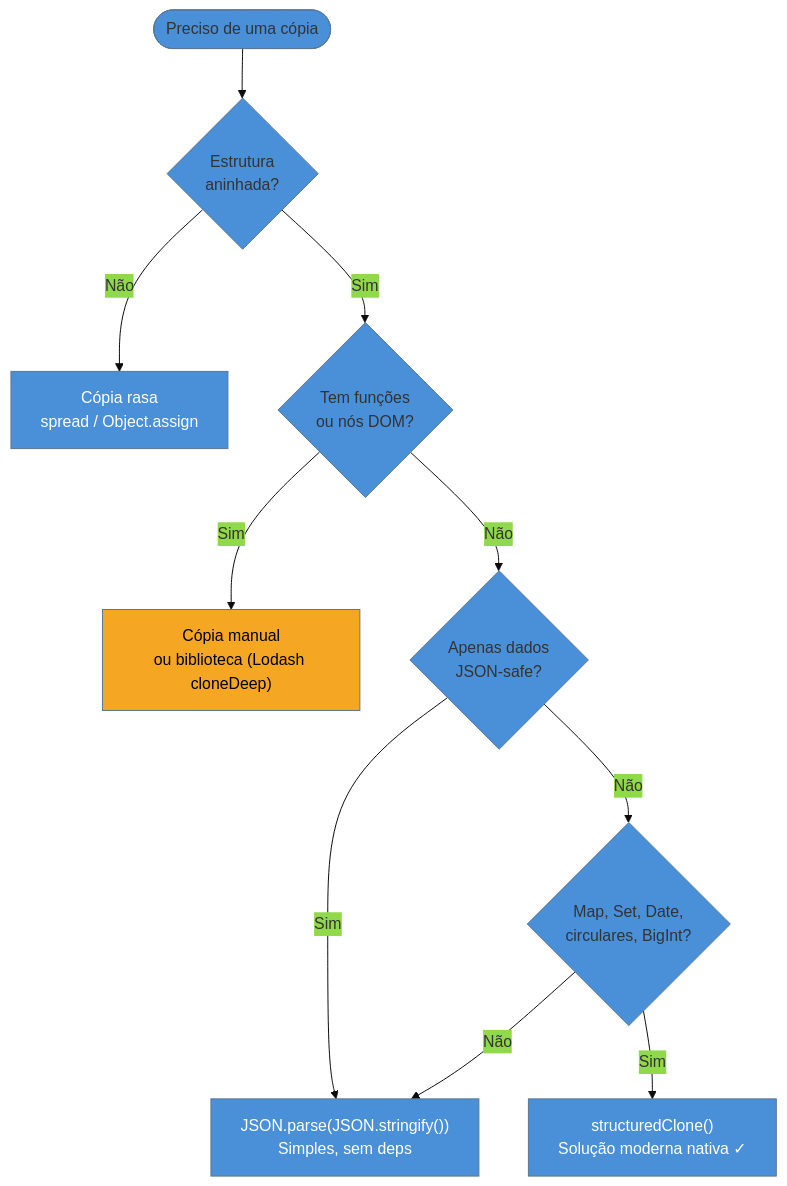
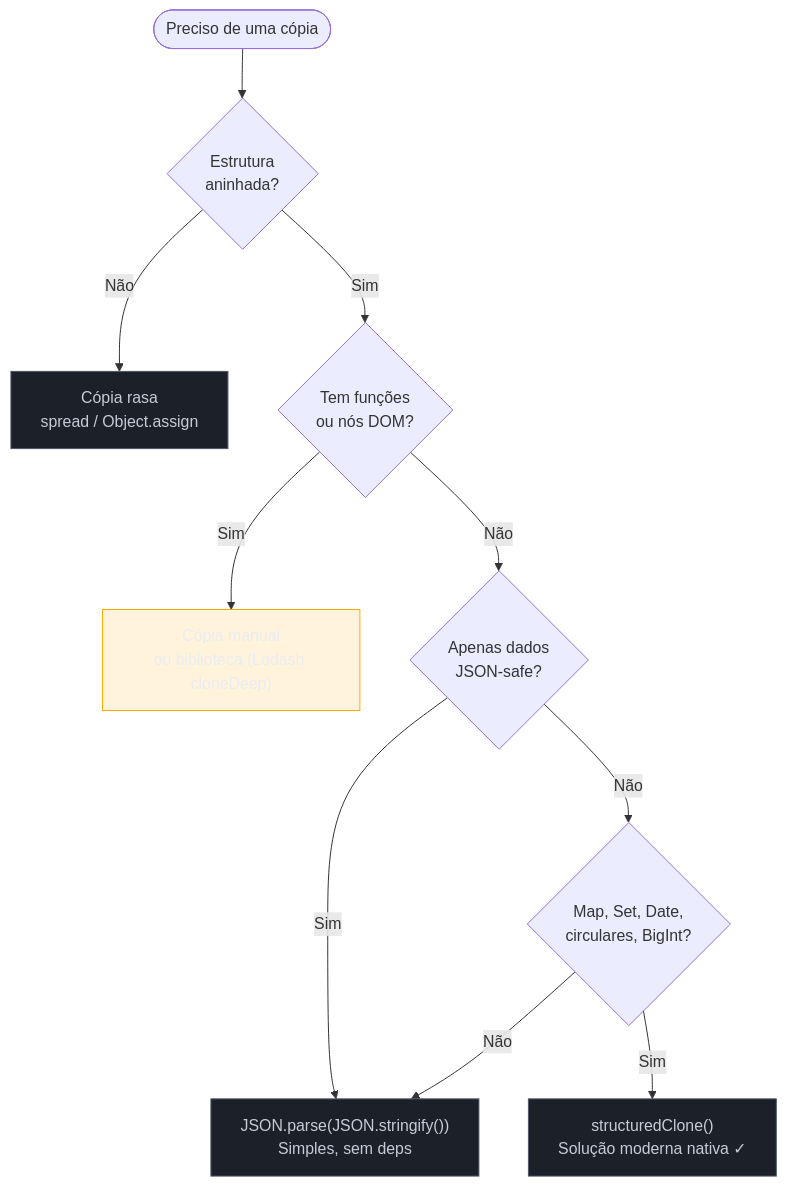
One commit to josenaldo/codex-technomanticus changed the second of 2 diagrams in 03-Dominios/Tecnologia/JavaScript/20 - Cópia, serialização e imutabilidade.md. Above: the diagram before and after it, drawn with Mermaid. The commit also changed other lines of this file and 1181 other files, not shown here.

First line of the commit message:
fix(diagramas): paleta do sistema no lugar de cor cravada no markdown

````diff
--- a/03-Dominios/Tecnologia/JavaScript/20 - Cópia, serialização e imutabilidade.md
+++ b/03-Dominios/Tecnologia/JavaScript/20 - Cópia, serialização e imutabilidade.md
@@ -253,22 +254,23 @@
 ```mermaid
-%%{init: {"theme": "base", "themeVariables": {"primaryColor": "#4A90D9"}}}%%
 flowchart TD
+    classDef neutro fill:#1B2029,stroke:#4E5666,color:#C6CCD8
+    classDef destaque fill:#FFAA0024,stroke:#FFAA00,color:#E9ECF2
     START([Preciso de uma cópia]) --> Q1{Estrutura\naninhada?}
 
     Q1 -->|Não| SHALLOW["Cópia rasa\nspread / Object.assign"]
     Q1 -->|Sim| Q2{Tem funções\nou nós DOM?}
 
     Q2 -->|Sim| MANUAL["Cópia manual\nou biblioteca (Lodash cloneDeep)"]
     Q2 -->|Não| Q3{Apenas dados\nJSON-safe?}
 
     Q3 -->|Sim| JSONOK["JSON.parse(JSON.stringify())\nSimples, sem deps"]
     Q3 -->|Não| Q4{"Map, Set, Date,\ncirculares, BigInt?"}
 
     Q4 -->|Sim| SC["structuredClone()\nSolução moderna nativa ✓"]
     Q4 -->|Não| JSONOK
 
-    style SHALLOW fill:#4A90D9,color:#fff
-    style JSONOK fill:#4A90D9,color:#fff
-    style SC fill:#4A90D9,color:#fff
-    style MANUAL fill:#F5A623,color:#000
+    class SHALLOW neutro
+    class JSONOK neutro
+    class SC neutro
+    class MANUAL destaque
 ```
````
